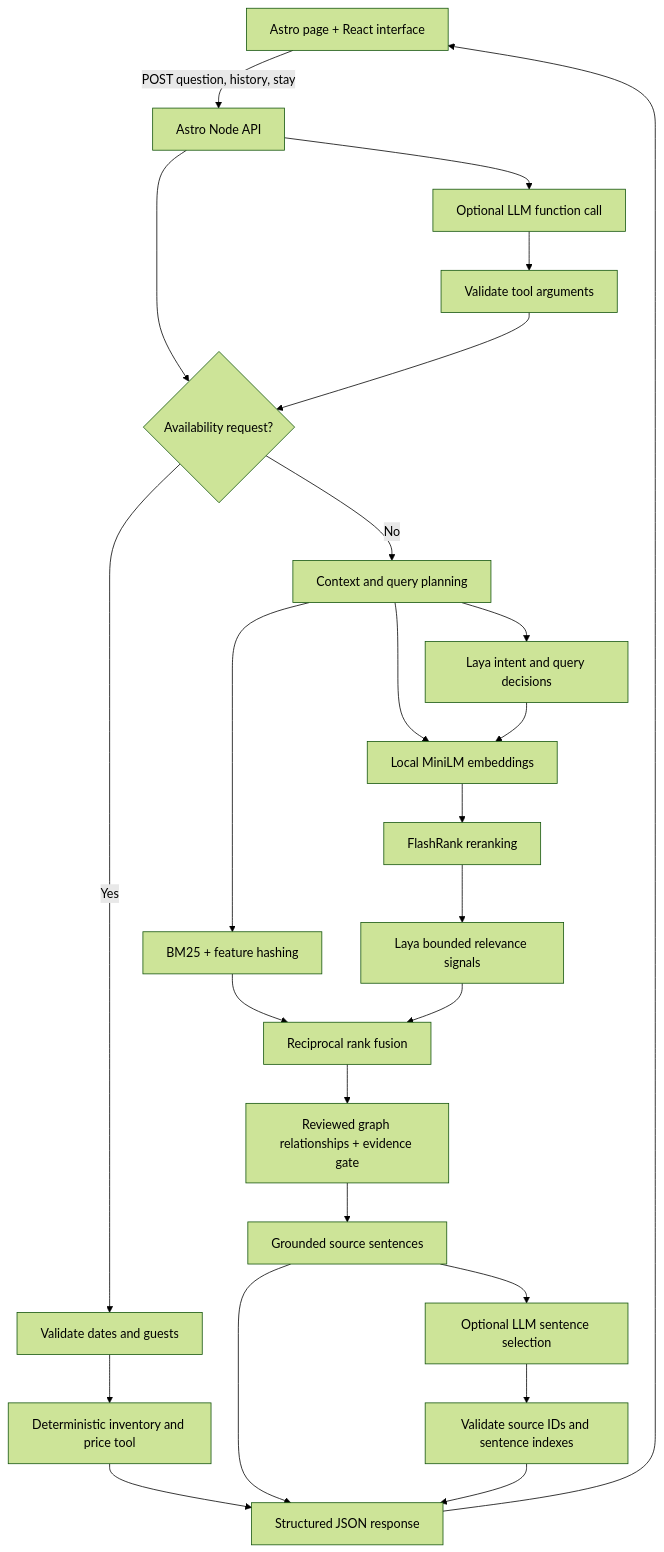
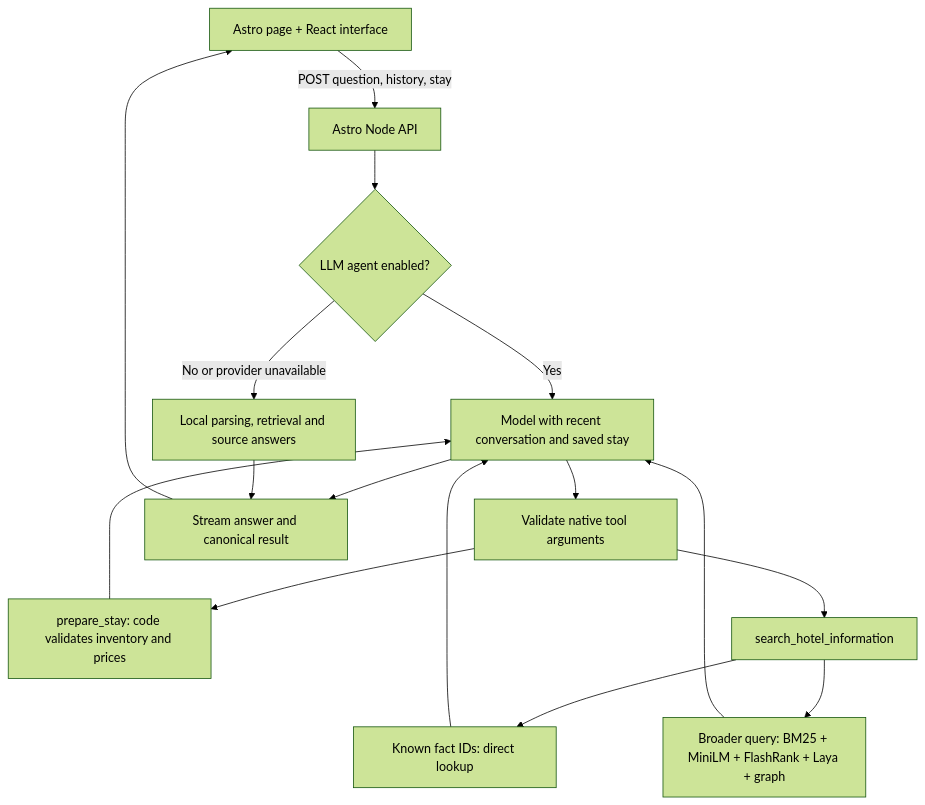
The diagram in docs/architecture.md (Itachi-1824/simplotel-guest-concierge), drawn with Mermaid (forest theme) before and after one commit. The commit also changed other lines of this file and 22 other files, not shown here.

````diff
--- a/docs/architecture.md
+++ b/docs/architecture.md
@@ -3,27 +3,18 @@
 ```mermaid
 flowchart TD
   A[Astro page + React interface] -->|POST question, history, stay| B[Astro Node API]
-  B --> C{Availability request?}
-  B --> R[Optional LLM function call]
-  R --> S[Validate tool arguments]
-  S --> C
-  C -->|Yes| D[Validate dates and guests]
-  D --> E[Deterministic inventory and price tool]
-  C -->|No| F[Context and query planning]
-  F --> G[BM25 + feature hashing]
-  F --> H[Local MiniLM embeddings]
-  H --> I[FlashRank reranking]
-  F --> J[Laya intent and query decisions]
-  I --> K[Laya bounded relevance signals]
-  G --> L[Reciprocal rank fusion]
-  K --> L
-  J --> H
-  L --> M[Reviewed graph relationships + evidence gate]
-  M --> N[Grounded source sentences]
-  N --> O[Optional LLM sentence selection]
-  O --> P[Validate source IDs and sentence indexes]
-  E --> Q[Structured JSON response]
-  N --> Q
-  P --> Q
-  Q --> A
+  B --> C{LLM agent enabled?}
+  C -->|Yes| D[Model with recent conversation and saved stay]
+  D --> E[Validate native tool arguments]
+  E --> F[prepare_stay: code validates inventory and prices]
+  E --> G[search_hotel_information]
+  G --> H[Known fact IDs: direct lookup]
+  G --> I[Broader query: BM25 + MiniLM + FlashRank + Laya + graph]
+  F --> D
+  H --> D
+  I --> D
+  D --> J[Stream answer and canonical result]
+  C -->|No or provider unavailable| K[Local parsing, retrieval and source answers]
+  K --> J
+  J --> A
 ```
````
